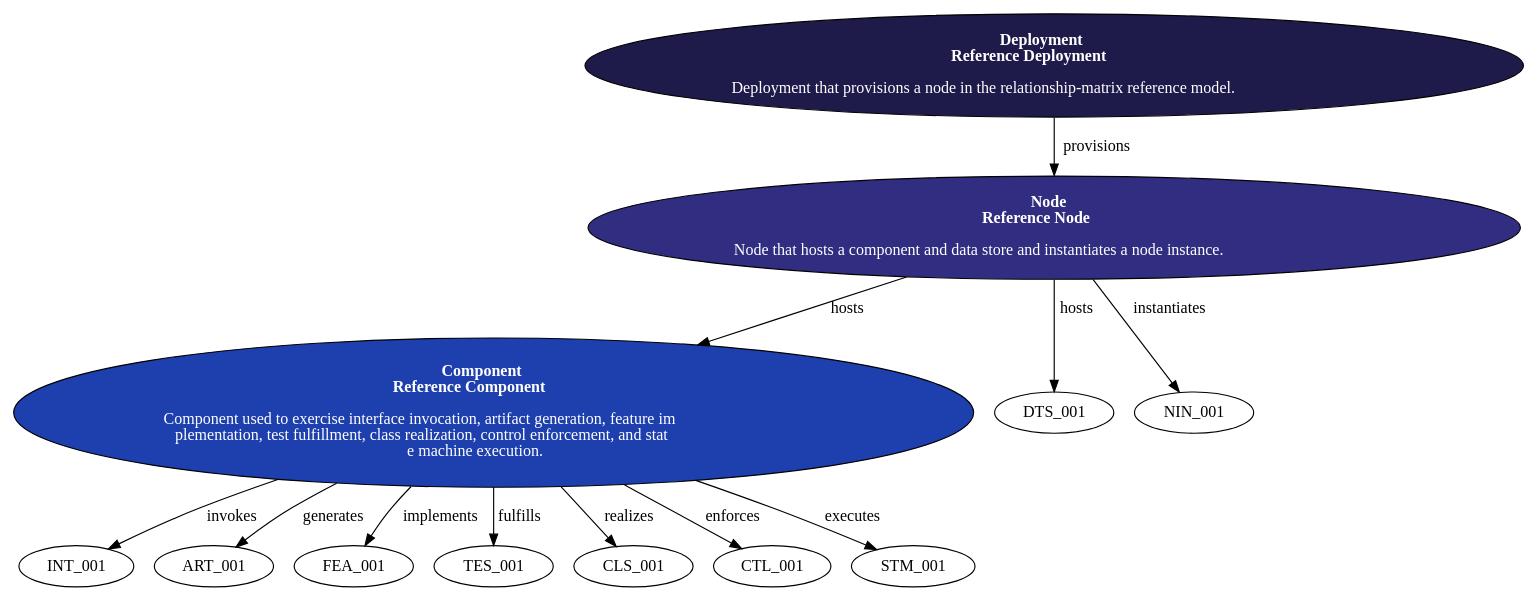
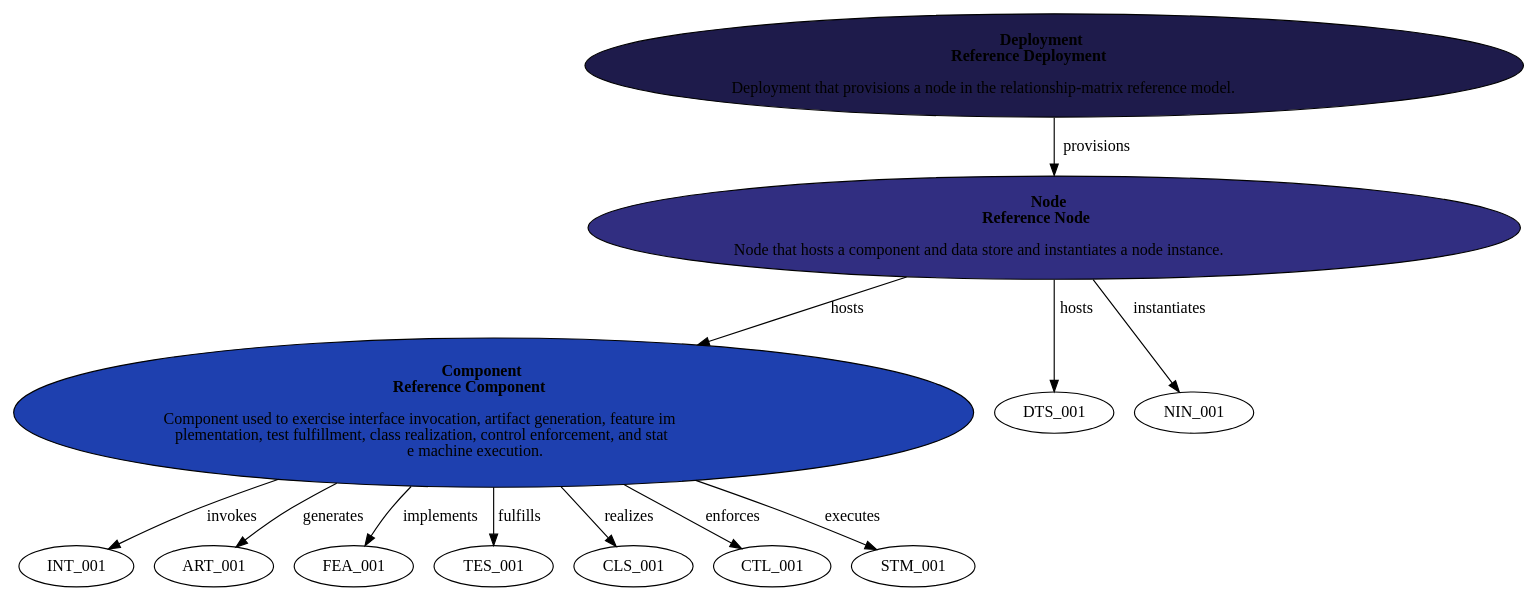
The diagram in docs/design/MIS-002-views/source/Deployment.view.dot (JEleniel/aurora), drawn with Graphviz before and after one commit. The commit also changed 95 other files, not shown here.

```diff
--- a/docs/design/MIS-002-views/source/Deployment.view.dot
+++ b/docs/design/MIS-002-views/source/Deployment.view.dot
@@ -1,61 +1,61 @@
 digraph {
 					fontname="Noto Sans";
 					fontcolor="#FFFFFF";
 					fontsize=12;
-				DEP_001[
+				NOD_001[
 			label=<
-				<FONT COLOR="#FFFFFF"><B>Deployment</B><BR/>
+				<B>Node</B><BR/>
+				<B>Reference Node</B><BR/>
+				<BR/>
+				Node that hosts a component and data store and instantiates a node instance.<BR/>
+			>
+			height=1.0;
+			width=1.6;
+			href="../MIS-002-views/Reference_Node.view.svg";
+			style=filled;
+			fillcolor="#312e81";
+			svg_shape="double-box";
+			icon="server";
+		];
+		DEP_001[
+			label=<
+				<B>Deployment</B><BR/>
 				<B>Reference Deployment</B><BR/>
 				<BR/>
-				Deployment that provisions a node in the relationship-matrix reference model.<BR/></FONT>
+				Deployment that provisions a node in the relationship-matrix reference model.<BR/>
 			>
 			height=1.0;
 			width=1.6;
 			href="../MIS-002-views/Reference_Deployment.view.svg";
 			style=filled;
 			fillcolor="#1e1b4b";
 			svg_shape="deployment";
 			icon="cloud";
 		];
-		NOD_001[
-			label=<
-				<FONT COLOR="#FFFFFF"><B>Node</B><BR/>
-				<B>Reference Node</B><BR/>
-				<BR/>
-				Node that hosts a component and data store and instantiates a node instance.<BR/></FONT>
-			>
-			height=1.0;
-			width=1.6;
-			href="../MIS-002-views/Reference_Node.view.svg";
-			style=filled;
-			fillcolor="#312e81";
-			svg_shape="double-box";
-			icon="server";
-		];
 		COM_001[
 			label=<
-				<FONT COLOR="#FFFFFF"><B>Component</B><BR/>
+				<B>Component</B><BR/>
 				<B>Reference Component</B><BR/>
 				<BR/>
-				Component used to exercise interface invocation, artifact generation, feature im<BR/>plementation, test fulfillment, class realization, control enforcement, and stat<BR/>e machine execution.<BR/></FONT>
+				Component used to exercise interface invocation, artifact generation, feature im<BR/>plementation, test fulfillment, class realization, control enforcement, and stat<BR/>e machine execution.<BR/>
 			>
 			height=1.0;
 			width=1.6;
 			href="../MIS-002-views/Reference_Component.view.svg";
 			style=filled;
 			fillcolor="#1e40af";
 			svg_shape="component";
 			icon="cube";
 		];
-			DEP_001 -> NOD_001 [label="provisions"];
-									NOD_001 -> COM_001 [label="hosts"];
+			NOD_001 -> COM_001 [label="hosts"];
 									NOD_001 -> DTS_001 [label="hosts"];
 									NOD_001 -> NIN_001 [label="instantiates"];
+									DEP_001 -> NOD_001 [label="provisions"];
 									COM_001 -> INT_001 [label="invokes"];
 									COM_001 -> ART_001 [label="generates"];
 									COM_001 -> FEA_001 [label="implements"];
 									COM_001 -> TES_001 [label="fulfills"];
 									COM_001 -> CLS_001 [label="realizes"];
 									COM_001 -> CTL_001 [label="enforces"];
 									COM_001 -> STM_001 [label="executes"];
 								}
```
